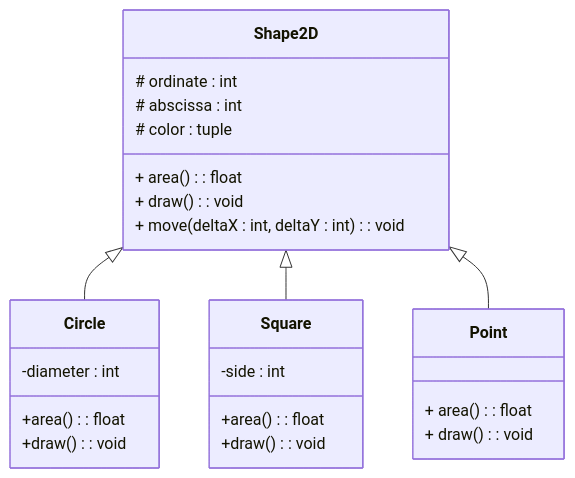
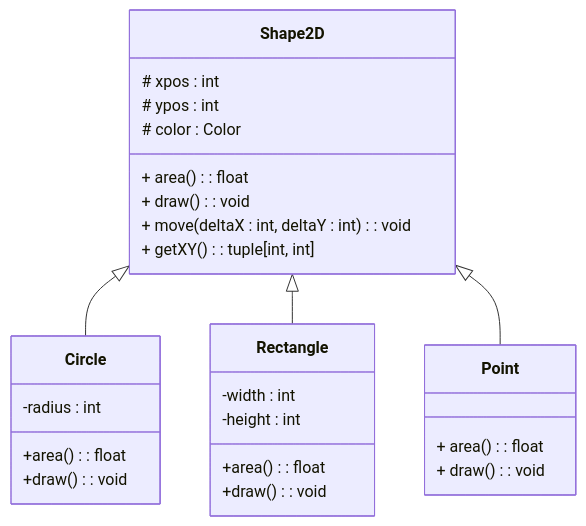
One commit to blavad/poo-python changed the first of 2 diagrams in TP3-Polymorphisme/README.md. Above: the diagram before and after it, drawn with Mermaid. The commit also changed other lines of this file and 8 other files, not shown here.

````diff
--- a/TP3-Polymorphisme/README.md
+++ b/TP3-Polymorphisme/README.md
@@ -12,35 +13,37 @@
 ```mermaid
     classDiagram 
     direction TB
      class Shape2D {
-        # ordinate : int
-        # abscissa : int
-        # color : tuple
+        # xpos : int
+        # ypos : int
+        # color : Color
 
         + area() : float
         + draw() : void
         + move(deltaX : int, deltaY : int) : void
+        + getXY(): tuple[int, int]
     
         }
 
     class Point {
             + area() : float
             + draw() : void
     }
 
     class Circle {
-    -diameter : int
+    -radius : int
     +area() : float
     +draw() : void
     }
 
-    class Square {
-    -side : int
+    class Rectangle {
+    -width : int
+    -height : int
     +area() : float
     +draw(): void
     }
 
     Shape2D <|-- Circle
-    Shape2D <|-- Square
+    Shape2D <|-- Rectangle
     Shape2D <|-- Point
 ```
````
